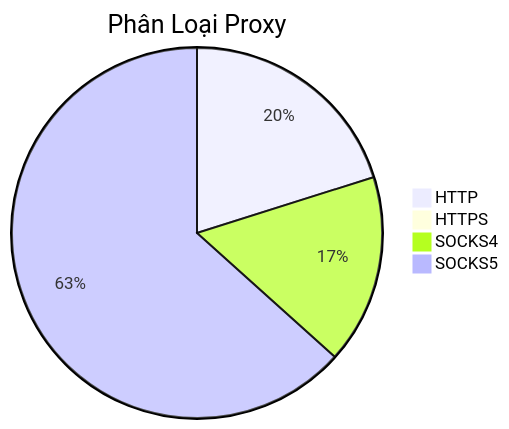
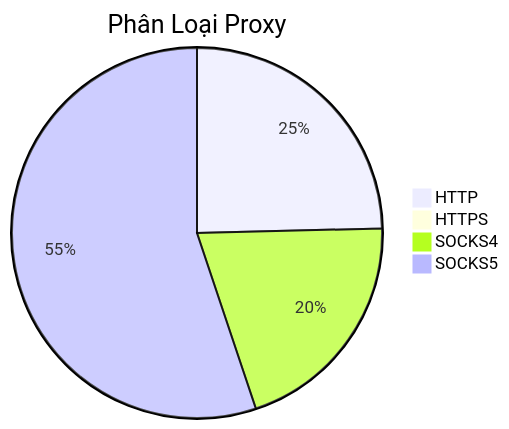
Before and after one commit to Ciara-12/PROXY-free: the diagram in README.md, drawn with Mermaid. The commit also changed other lines of this file and 4 other files, not shown here.

````diff
--- a/README.md
+++ b/README.md
@@ -26,7 +26,7 @@
 ```mermaid
 pie title Phân Loại Proxy
-    "HTTP" : 414
-    "HTTPS" : 3
-    "SOCKS4" : 340
-    "SOCKS5" : 1303
+    "HTTP" : 507
+    "HTTPS" : 2
+    "SOCKS4" : 417
+    "SOCKS5" : 1136
 ```
````
